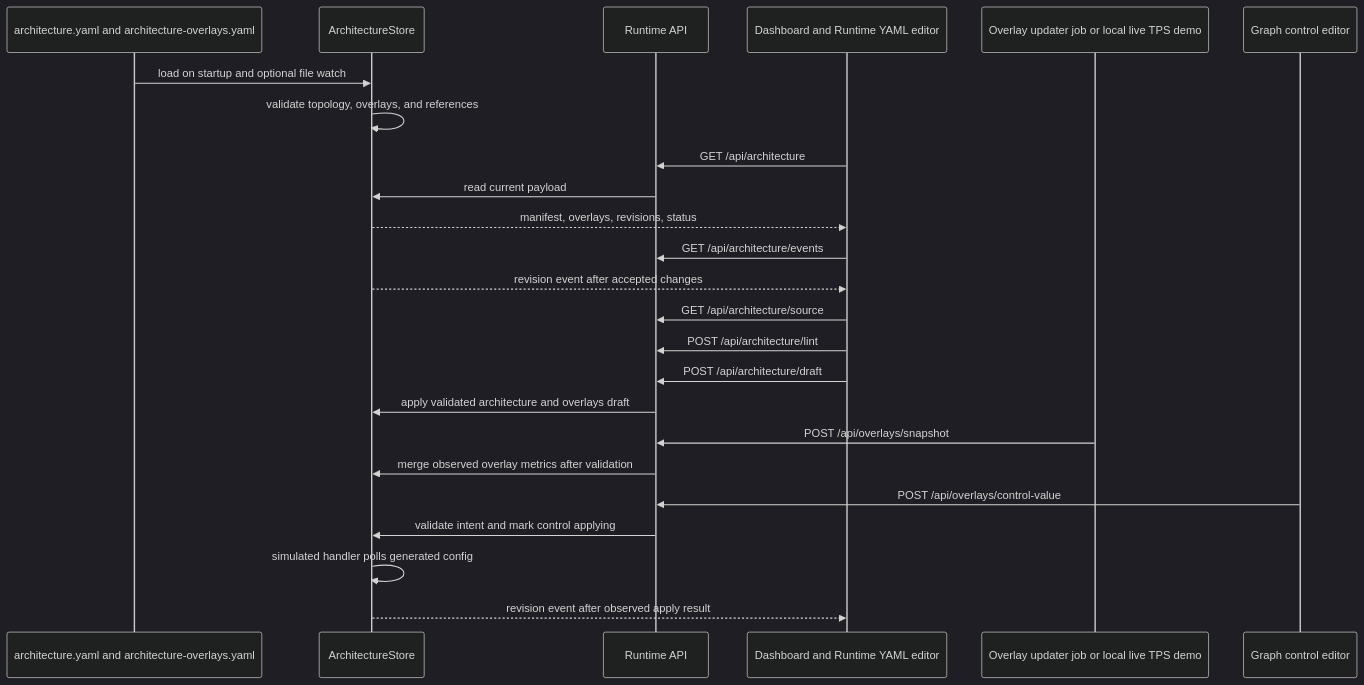
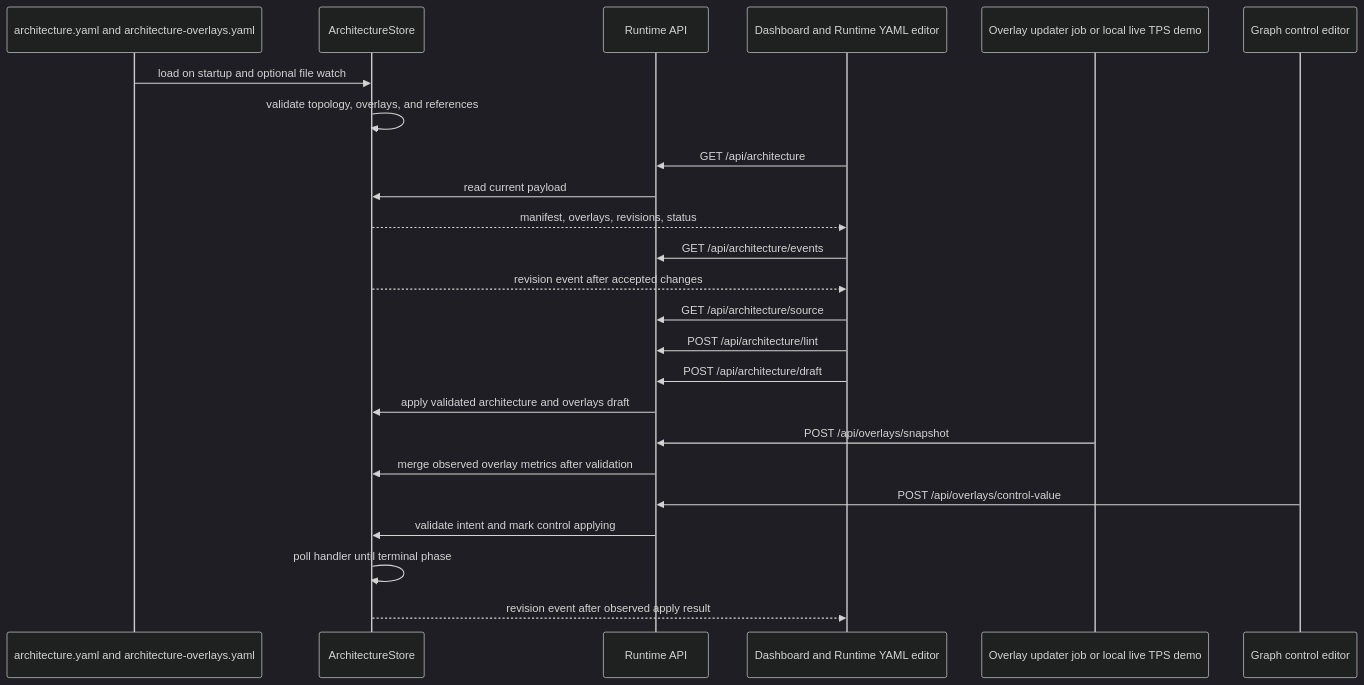
Before and after one commit to camerondurham/data-pipeline-traffic-visualizer: the diagram in README.md, drawn with Mermaid (dark theme). The commit also changed other lines of this file and 8 other files, not shown here.

````diff
--- a/README.md
+++ b/README.md
@@ -35,27 +35,27 @@
 ```mermaid
 sequenceDiagram
   participant Files as architecture.yaml and architecture-overlays.yaml
   participant Store as ArchitectureStore
   participant API as Runtime API
   participant Browser as Dashboard and Runtime YAML editor
   participant Updater as Overlay updater job or local live TPS demo
   participant Operator as Graph control editor
 
   Files->>Store: load on startup and optional file watch
   Store->>Store: validate topology, overlays, and references
   Browser->>API: GET /api/architecture
   API->>Store: read current payload
   Store-->>Browser: manifest, overlays, revisions, status
   Browser->>API: GET /api/architecture/events
   Store-->>Browser: revision event after accepted changes
   Browser->>API: GET /api/architecture/source
   Browser->>API: POST /api/architecture/lint
   Browser->>API: POST /api/architecture/draft
   API->>Store: apply validated architecture and overlays draft
   Updater->>API: POST /api/overlays/snapshot
   API->>Store: merge observed overlay metrics after validation
   Operator->>API: POST /api/overlays/control-value
   API->>Store: validate intent and mark control applying
-  Store->>Store: simulated handler polls generated config
+  Store->>Store: poll handler until terminal phase
   Store-->>Browser: revision event after observed apply result
 ```
````
